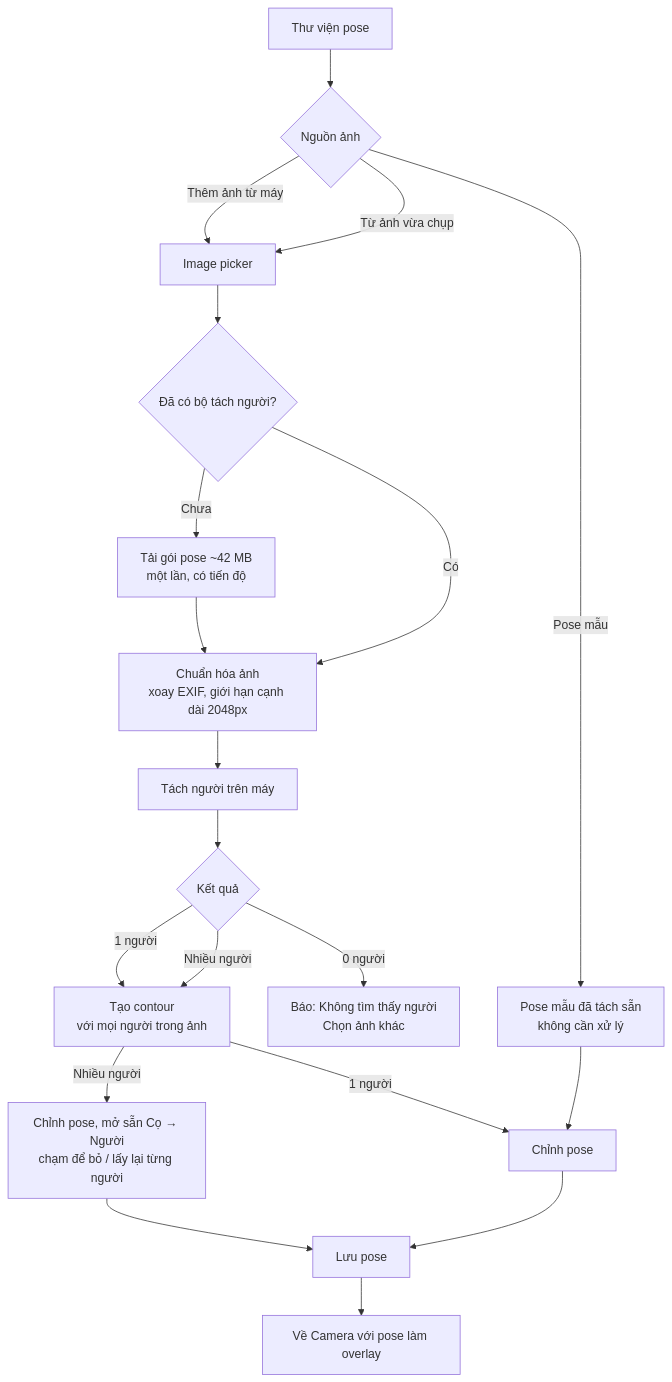
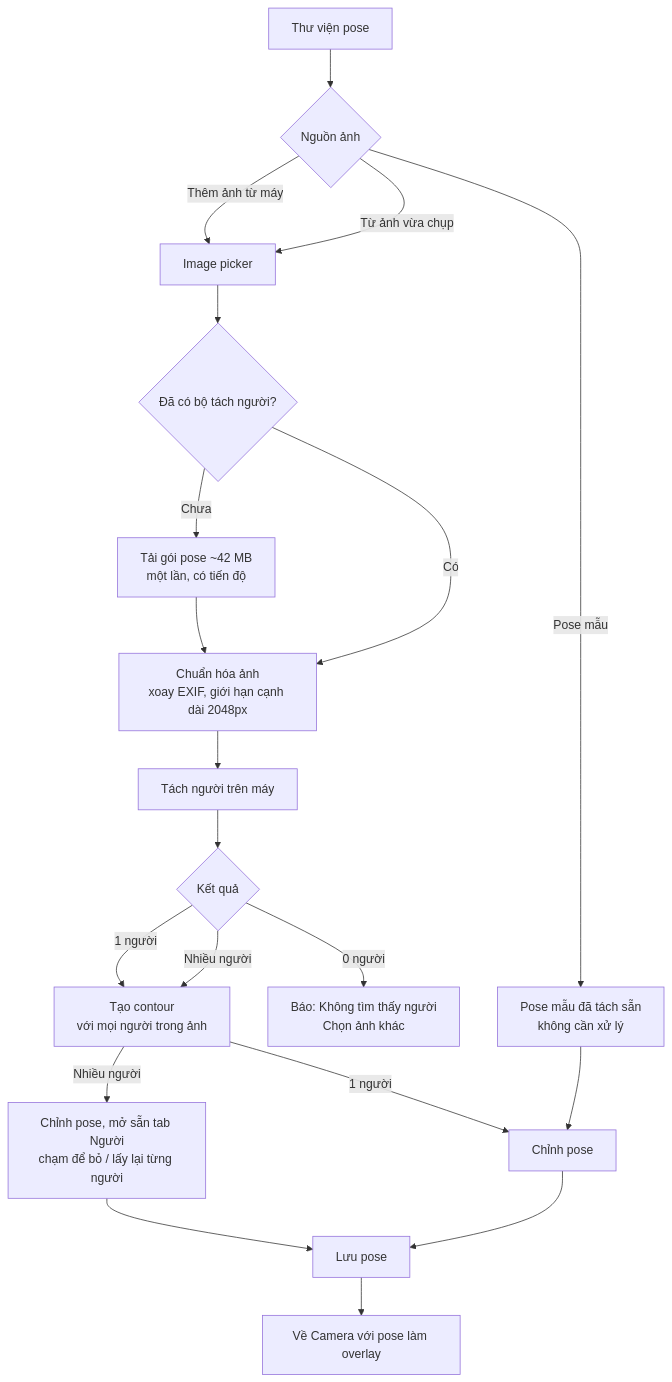
One commit to tktnq2004/TakeASnap changed the third of 7 diagrams in docs/business-flow.md. Above: the diagram before and after it, drawn with Mermaid. The commit also changed other lines of this file and 12 other files, not shown here.

First line of the commit message:
feat(editor): tab Người riêng, panel ảnh từng người, bỏ huy hiệu

````diff
--- a/docs/business-flow.md
+++ b/docs/business-flow.md
@@ -156,22 +156,22 @@
 ```mermaid
 flowchart TD
     A[Thư viện pose] --> B{Nguồn ảnh}
     B -- "Thêm ảnh từ máy" --> P[Image picker]
     B -- "Pose mẫu" --> S[Pose mẫu đã tách sẵn<br/>không cần xử lý]
     B -- "Từ ảnh vừa chụp" --> P
     P --> DL{Đã có bộ tách người?}
     DL -- "Chưa" --> DLG[Tải gói pose ~42 MB<br/>một lần, có tiến độ]
     DLG --> Q
     DL -- "Có" --> Q[Chuẩn hóa ảnh<br/>xoay EXIF, giới hạn cạnh dài 2048px]
     Q --> R[Tách người trên máy]
     R --> D{Kết quả}
     D -- "0 người" --> E1[Báo: Không tìm thấy người<br/>Chọn ảnh khác]
     D -- "1 người" --> CT[Tạo contour<br/>với mọi người trong ảnh]
     D -- "Nhiều người" --> CT
     CT -- "1 người" --> ED[Chỉnh pose]
-    CT -- "Nhiều người" --> EDP[Chỉnh pose, mở sẵn Cọ → Người<br/>chạm để bỏ / lấy lại từng người]
+    CT -- "Nhiều người" --> EDP[Chỉnh pose, mở sẵn tab Người<br/>chạm để bỏ / lấy lại từng người]
     EDP --> SV
     S --> ED
     ED --> SV[Lưu pose]
     SV --> CAM[Về Camera với pose làm overlay]
 ```
````
